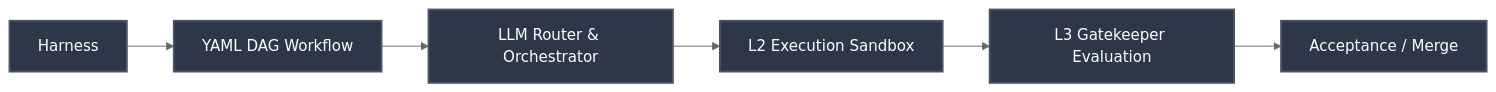
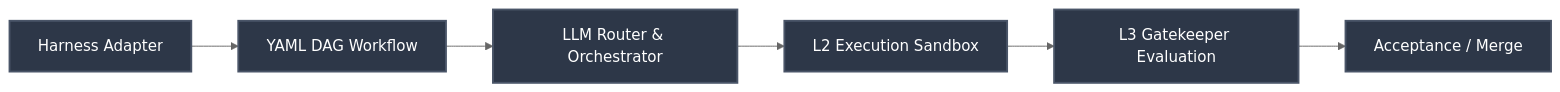
One commit to moyage/team-agents-cowork changed the diagram in README.md. Above: the diagram before and after it, drawn with Mermaid (neutral theme). The commit also changed other lines of this file and 3 other files, not shown here.

````diff
--- a/README.md
+++ b/README.md
@@ -42,11 +69,11 @@
 ```mermaid
 graph LR
-    A[Harness] --> B[YAML DAG Workflow]
+    A[Harness Adapter] --> B[YAML DAG Workflow]
     B --> C[LLM Router & Orchestrator]
     C --> D[L2 Execution Sandbox]
     D --> E[L3 Gatekeeper Evaluation]
     E --> F[Acceptance / Merge]
 
     classDef stage fill:#2D3748,stroke:#4A5568,stroke-width:2px,color:#fff;
     class A,B,C,D,E,F stage;
 ```
````
